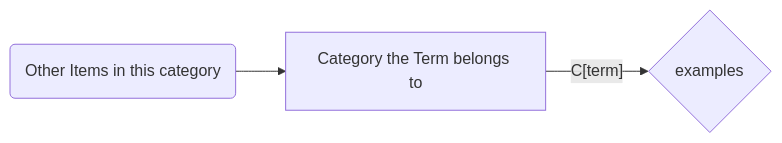
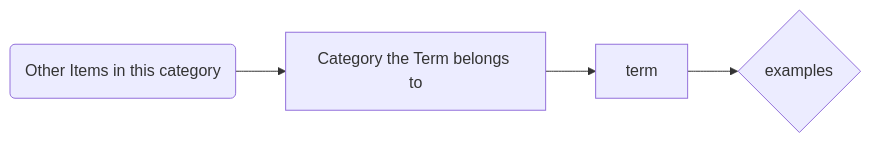
The diagram in slides.md (gerbssusd/dok), drawn with Mermaid before and after one commit.

````diff
--- a/slides.md
+++ b/slides.md
@@ -217,10 +217,10 @@
 ```mermaid {theme: 'neutral', scale: 0.8}
 flowchart LR
 A(Other Items in this category) --> B[Category the Term belongs to]
-B--C[term] --> D{examples}
+B-->C[term] --> D{examples}
 
 
 
 
 
 ```
````
